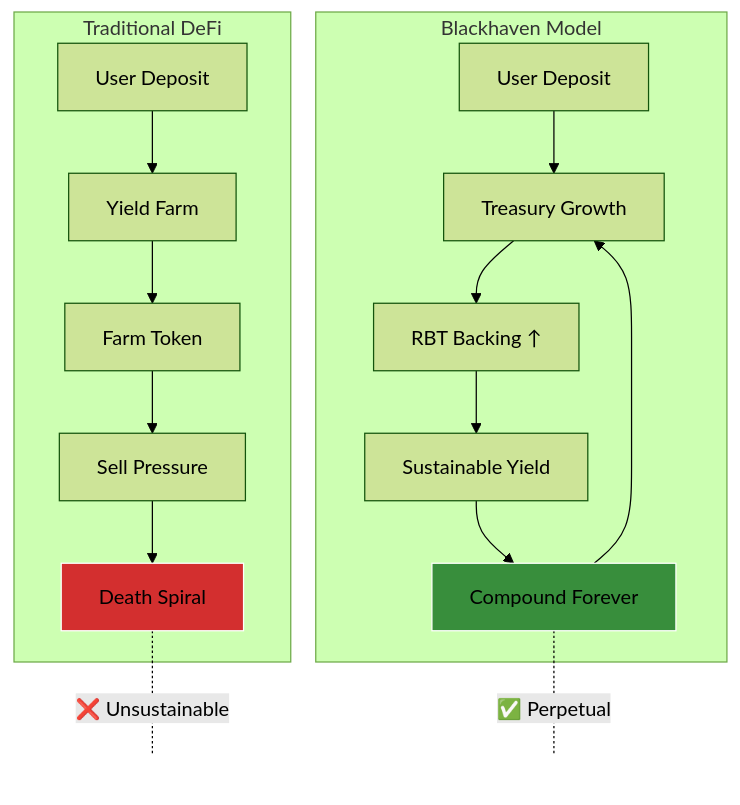
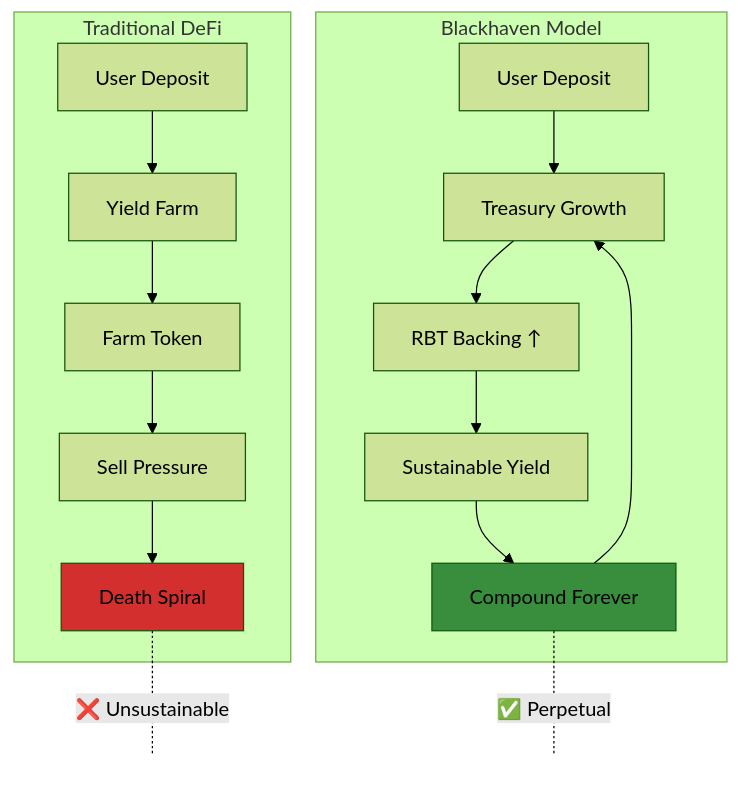
Before and after one commit to 0xJaehaerys/ohmega: the fourth of 10 diagrams in blackhaven-economics-visual.md, drawn with Mermaid (forest theme). The commit also changed other lines of this file and 6 other files, not shown here.

First line of the commit message:
Remove white color from all diagrams

````diff
--- a/blackhaven-economics-visual.md
+++ b/blackhaven-economics-visual.md
@@ -97,37 +97,37 @@
 ```mermaid
 graph TD
     subgraph "Traditional DeFi"
         OLD_DEPOSIT["User Deposit"]
         OLD_FARM["Yield Farm"]
         OLD_TOKEN["Farm Token"]
         OLD_SELL["Sell Pressure"]
         OLD_DEATH["Death Spiral"]
         
         OLD_DEPOSIT --> OLD_FARM
         OLD_FARM --> OLD_TOKEN
         OLD_TOKEN --> OLD_SELL
         OLD_SELL --> OLD_DEATH
     end
     
     subgraph "Blackhaven Model"
         NEW_DEPOSIT["User Deposit"]
         NEW_TREASURY["Treasury Growth"]
         NEW_BACKING["RBT Backing ↑"]
         NEW_SUSTAINABLE["Sustainable Yield"]
         NEW_COMPOUND["Compound Forever"]
         
         NEW_DEPOSIT --> NEW_TREASURY
         NEW_TREASURY --> NEW_BACKING
         NEW_BACKING --> NEW_SUSTAINABLE
         NEW_SUSTAINABLE --> NEW_COMPOUND
         NEW_COMPOUND --> NEW_TREASURY
     end
     
     OLD_DEATH -.-|"❌ Unsustainable"| FAIL[" "]
     NEW_COMPOUND -.-|"✅ Perpetual"| WIN[" "]
     
-    style OLD_DEATH fill:#d32f2f,stroke:#fff
-    style NEW_COMPOUND fill:#388e3c,stroke:#fff
+    style OLD_DEATH fill:#d32f2f
+    style NEW_COMPOUND fill:#388e3c
     style FAIL fill:none,stroke:none
     style WIN fill:none,stroke:none
 ```
````
